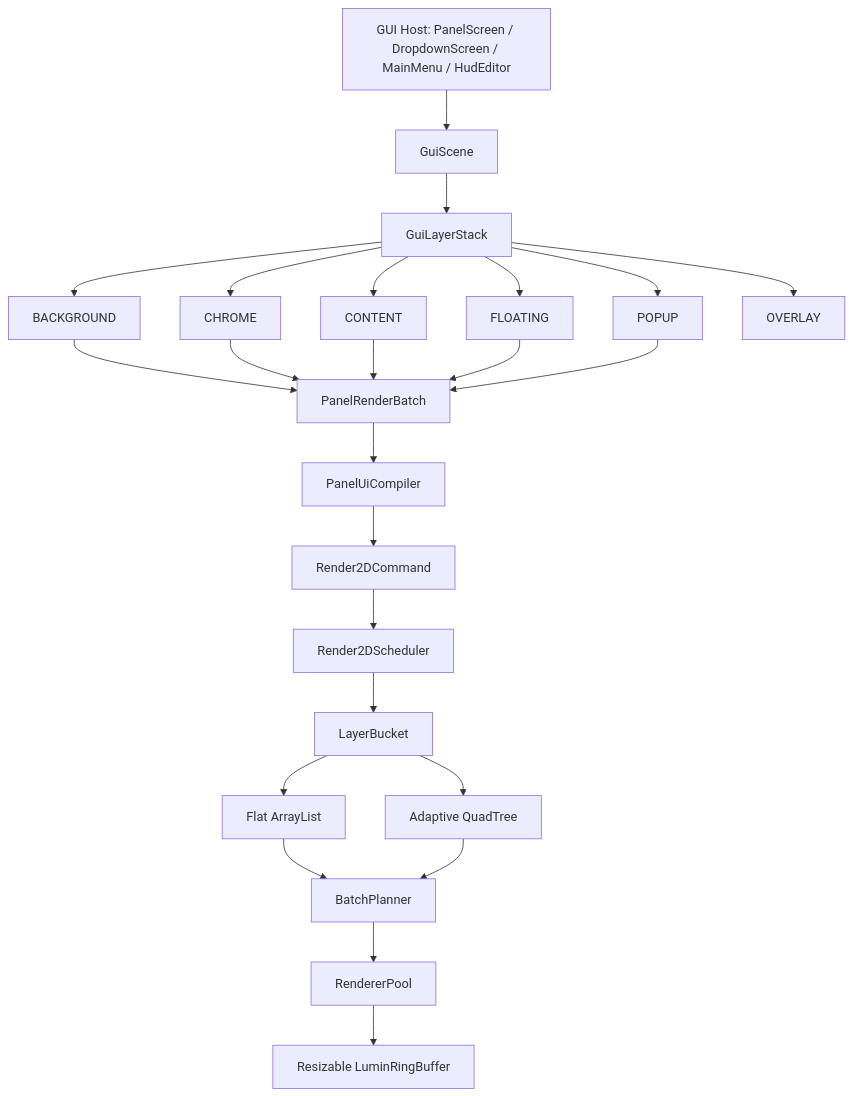
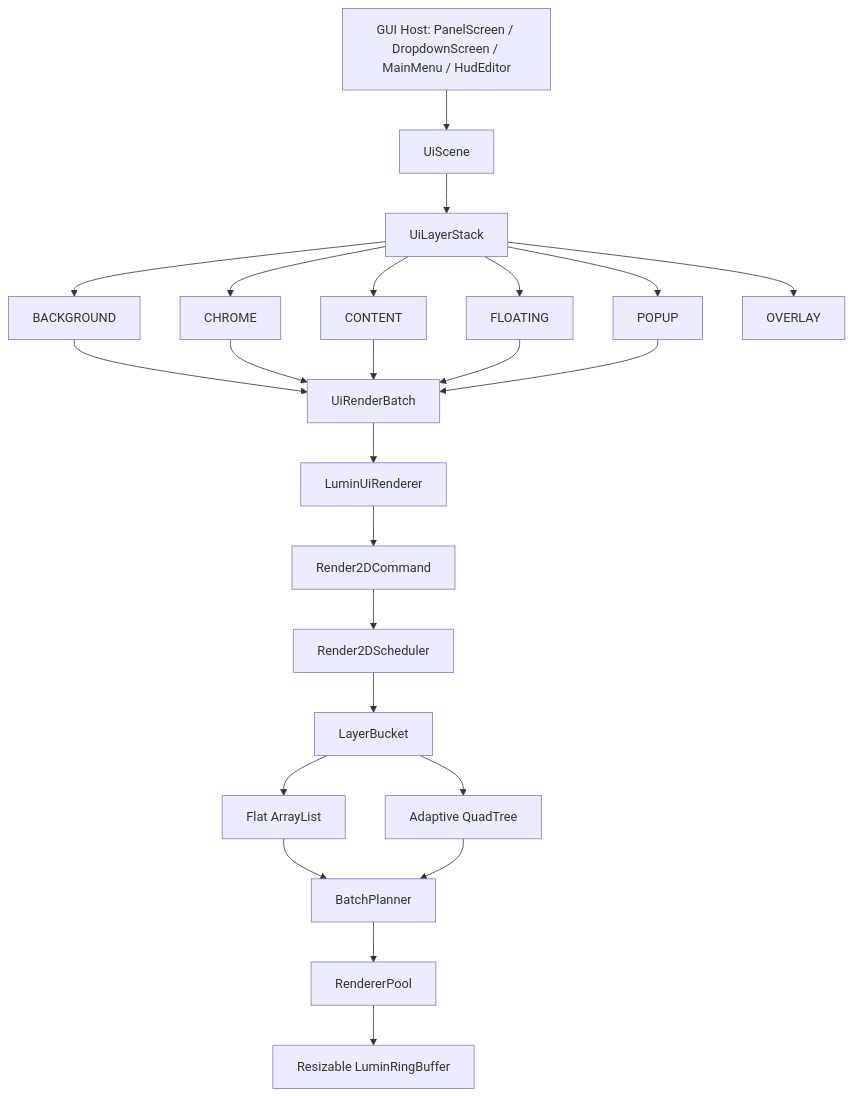
The first of 7 diagrams in docs/gui.md (liuyyx/eps-plus), drawn with Mermaid before and after one commit. The commit also changed other lines of this file and 195 other files, not shown here.

````diff
--- a/docs/gui.md
+++ b/docs/gui.md
@@ -11,28 +13,28 @@
 ```mermaid
 flowchart TD
-    A["GUI Host: PanelScreen / DropdownScreen / MainMenu / HudEditor"] --> B["GuiScene"]
-    B --> C["GuiLayerStack"]
+    A["GUI Host: PanelScreen / DropdownScreen / MainMenu / HudEditor"] --> B["UiScene"]
+    B --> C["UiLayerStack"]
     C --> C1["BACKGROUND"]
     C --> C2["CHROME"]
     C --> C3["CONTENT"]
     C --> C4["FLOATING"]
     C --> C5["POPUP"]
     C --> C6["OVERLAY"]
 
-    C1 --> D["PanelRenderBatch"]
+    C1 --> D["UiRenderBatch"]
     C2 --> D
     C3 --> D
     C4 --> D
     C5 --> D
 
-    D --> E["PanelUiCompiler"]
+    D --> E["LuminUiRenderer"]
     E --> F["Render2DCommand"]
     F --> G["Render2DScheduler"]
     G --> H["LayerBucket"]
     H --> H1["Flat ArrayList"]
     H --> H2["Adaptive QuadTree"]
     H1 --> I["BatchPlanner"]
     H2 --> I
     I --> J["RendererPool"]
     J --> K["Resizable LuminRingBuffer"]
 ```
````
